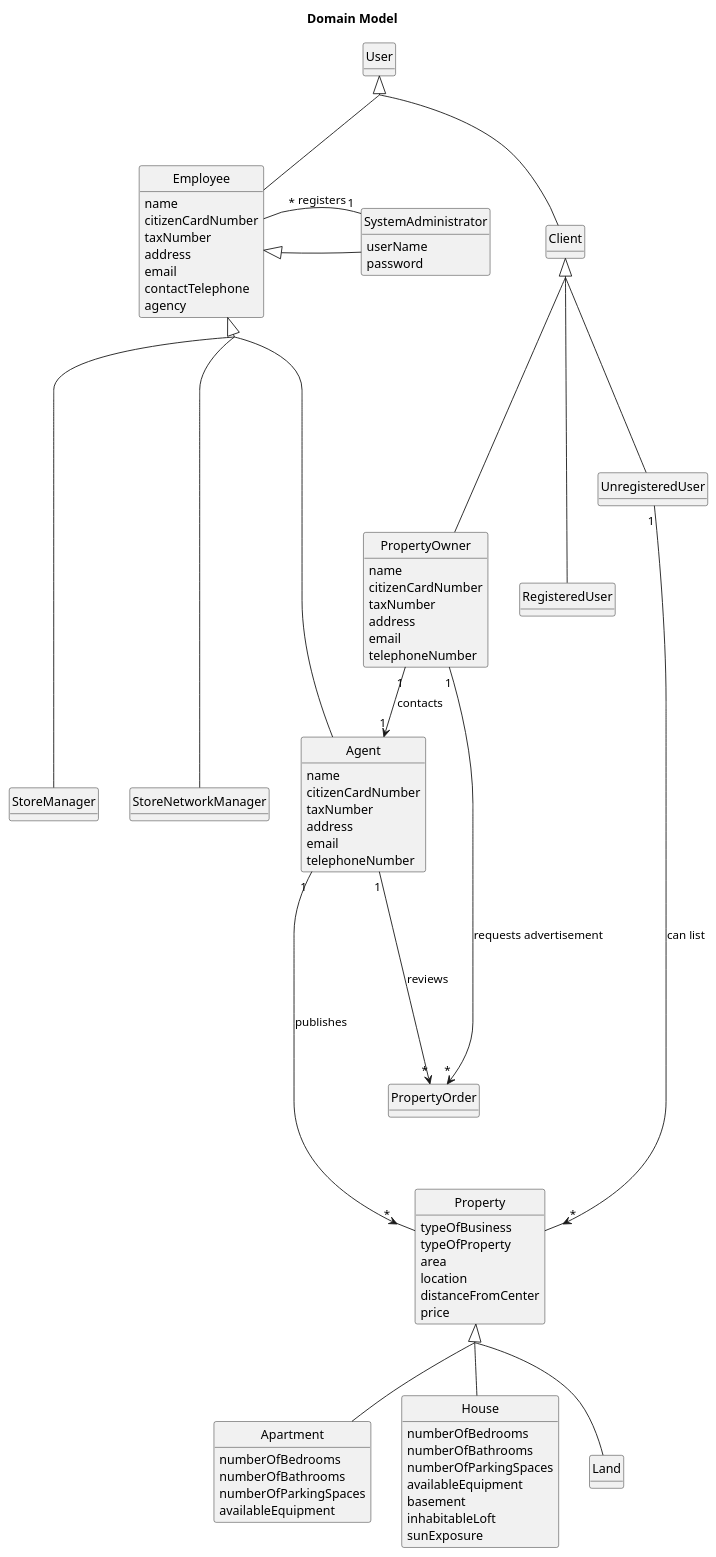
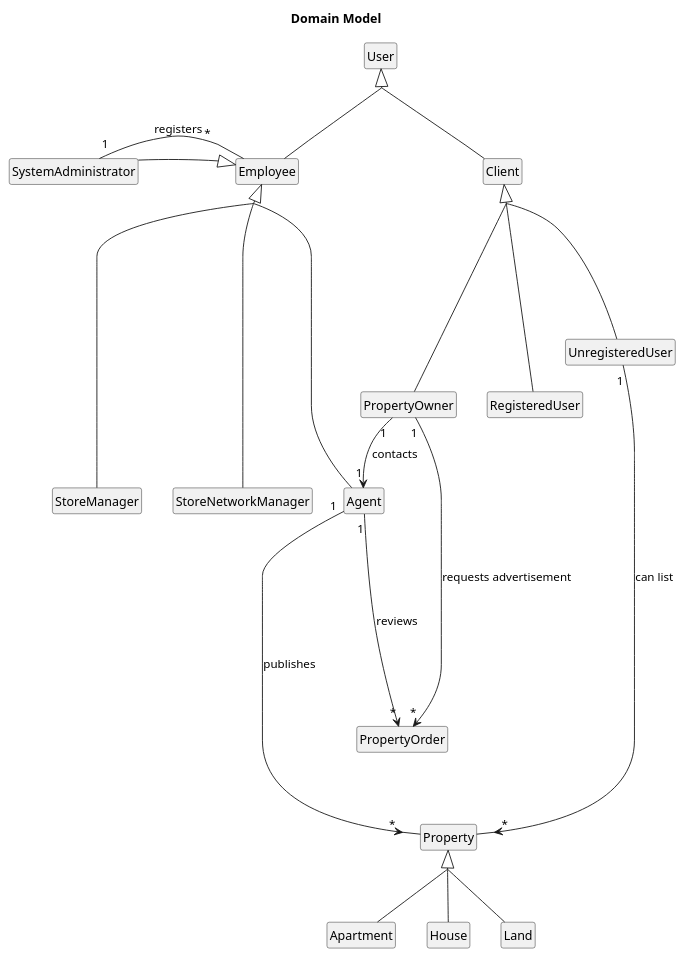
The diagram in docs/sprintA/global-artifacts/02.analysis/puml/project-domain-model-right.puml (Goncalves2525/real-estate-management-system), drawn with PlantUML before and after one commit. The commit also changed 1 other file, not shown here.

```diff
--- a/docs/sprintA/global-artifacts/02.analysis/puml/project-domain-model-right.puml
+++ b/docs/sprintA/global-artifacts/02.analysis/puml/project-domain-model-right.puml
@@ -1,120 +1,121 @@
 @startuml
 skinparam monochrome true
 skinparam packageStyle rectangle
 skinparam shadowing false
 'skinparam linetype ortho
 skinparam classAttributeIconSize 0
 skinparam groupInheritance 2
 'skinparam linetype polyline
 
+hide attributes
 hide circle
 hide methods
 'left to right direction
 title Domain Model
 
 class Client{
 }
 
 class User{
 }
 
 class RegisteredUser{
 }
 
 class UnregisteredUser{
 }
 
 class PropertyOwner{
     name
     citizenCardNumber
     taxNumber
     address
     email
     telephoneNumber
 }
 
 class Employee{
     name
     citizenCardNumber
     taxNumber
     address
     email
     contactTelephone
     agency
 }
 
 class Agent{
     name
     citizenCardNumber
     taxNumber
     address
     email
     telephoneNumber
 }
 
 class StoreManager{
 }
 
 class StoreNetworkManager{
 }
 
 class SystemAdministrator{
    userName
    password
 }
 
 class PropertyOrder{
 }
 
 class Property{
     typeOfBusiness
     typeOfProperty
     area
     location
     distanceFromCenter
     price
 }
 
 class Apartment{
     numberOfBedrooms
     numberOfBathrooms
     numberOfParkingSpaces
     availableEquipment
 }
 
 class House{
     numberOfBedrooms
     numberOfBathrooms
     numberOfParkingSpaces
     availableEquipment
     basement
     inhabitableLoft
     sunExposure
 }
 
 class Land{
 }
 
 
-SystemAdministrator "1" -left "*" Employee : registers
+SystemAdministrator "1" -right "*" Employee : registers
 PropertyOwner "1" --> "*" PropertyOrder : requests advertisement
 PropertyOwner "1" --> "1" Agent : contacts
 Agent "1" ----> "*" PropertyOrder : reviews
 Agent "1" -----> "*" Property : publishes
 UnregisteredUser "1" ---> "*" Property: can list
 
 Client <|---- RegisteredUser
 Client <|--- UnregisteredUser
 Client <|---- PropertyOwner
 User <|-- Client
 User <|-- Employee
 Employee <|-- Agent
 Employee <|----- StoreManager
 Employee <|----- StoreNetworkManager
 Property <|-- House
 Property <|-- Apartment
 Property <|-- Land
 Employee <|-- SystemAdministrator
 
 
 @enduml
```
